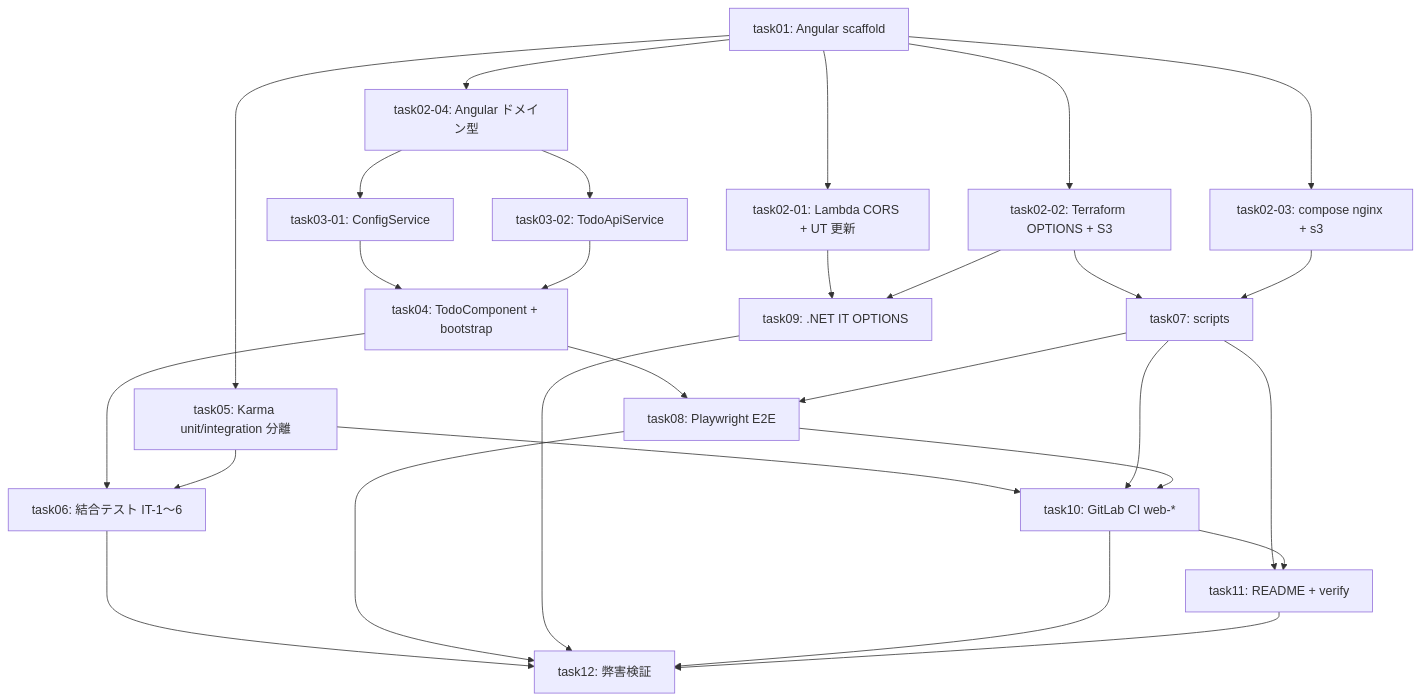
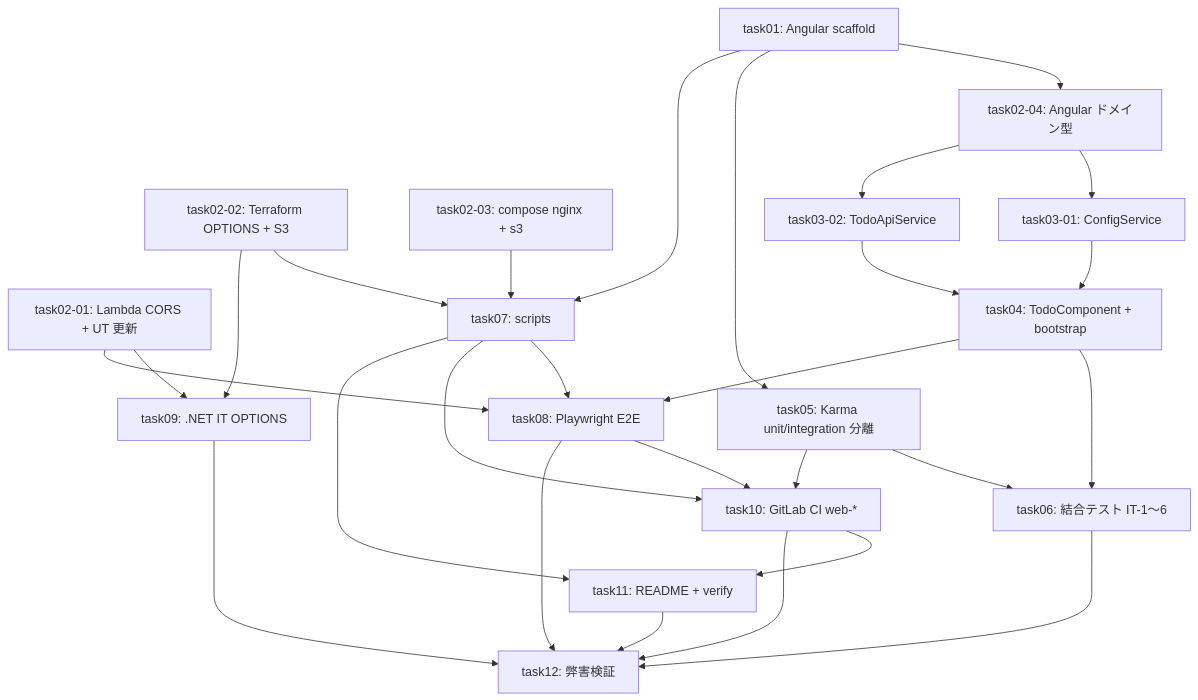
One commit to NagasakaH/dev-process changed the diagram in docs/floci-apigateway-csharp/plan/parent-agent-prompt.md. Above: the diagram before and after it, drawn with Mermaid. The commit also changed other lines of this file and 13 other files, not shown here.

````diff
--- a/docs/floci-apigateway-csharp/plan/parent-agent-prompt.md
+++ b/docs/floci-apigateway-csharp/plan/parent-agent-prompt.md
@@ -19,47 +21,46 @@
 ```mermaid
 graph TD
   task01[task01: Angular scaffold]
   task02_01[task02-01: Lambda CORS + UT 更新]
   task02_02[task02-02: Terraform OPTIONS + S3]
   task02_03[task02-03: compose nginx + s3]
   task02_04[task02-04: Angular ドメイン型]
   task05[task05: Karma unit/integration 分離]
   task03_01[task03-01: ConfigService]
   task03_02[task03-02: TodoApiService]
   task04[task04: TodoComponent + bootstrap]
   task06[task06: 結合テスト IT-1〜6]
   task07[task07: scripts]
   task08[task08: Playwright E2E]
   task09[task09: .NET IT OPTIONS]
   task10[task10: GitLab CI web-*]
   task11[task11: README + verify]
   task12[task12: 弊害検証]
 
-  task01 --> task02_01
-  task01 --> task02_02
-  task01 --> task02_03
   task01 --> task02_04
   task01 --> task05
+  task01 --> task07
   task02_04 --> task03_01
   task02_04 --> task03_02
   task03_01 --> task04
   task03_02 --> task04
   task02_02 --> task07
   task02_03 --> task07
   task02_01 --> task09
   task02_02 --> task09
+  task02_01 --> task08
   task04 --> task06
   task05 --> task06
   task04 --> task08
   task07 --> task08
   task05 --> task10
   task07 --> task10
   task08 --> task10
   task07 --> task11
   task10 --> task11
   task06 --> task12
   task08 --> task12
   task09 --> task12
   task10 --> task12
   task11 --> task12
 ```
````
